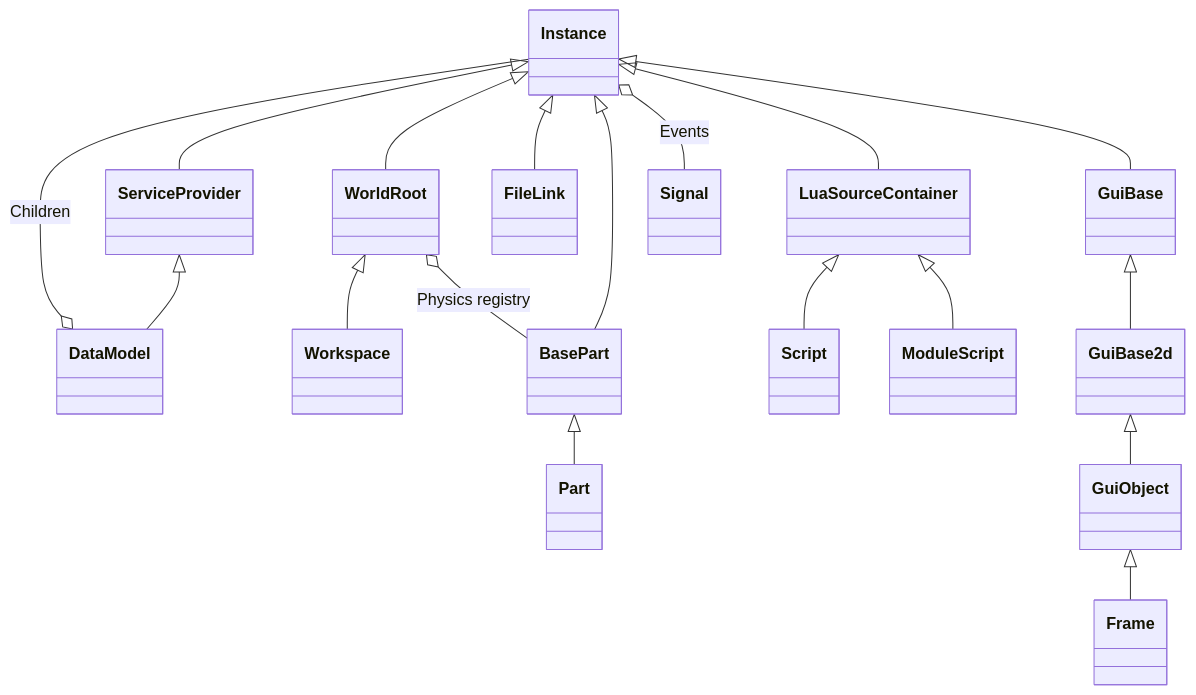
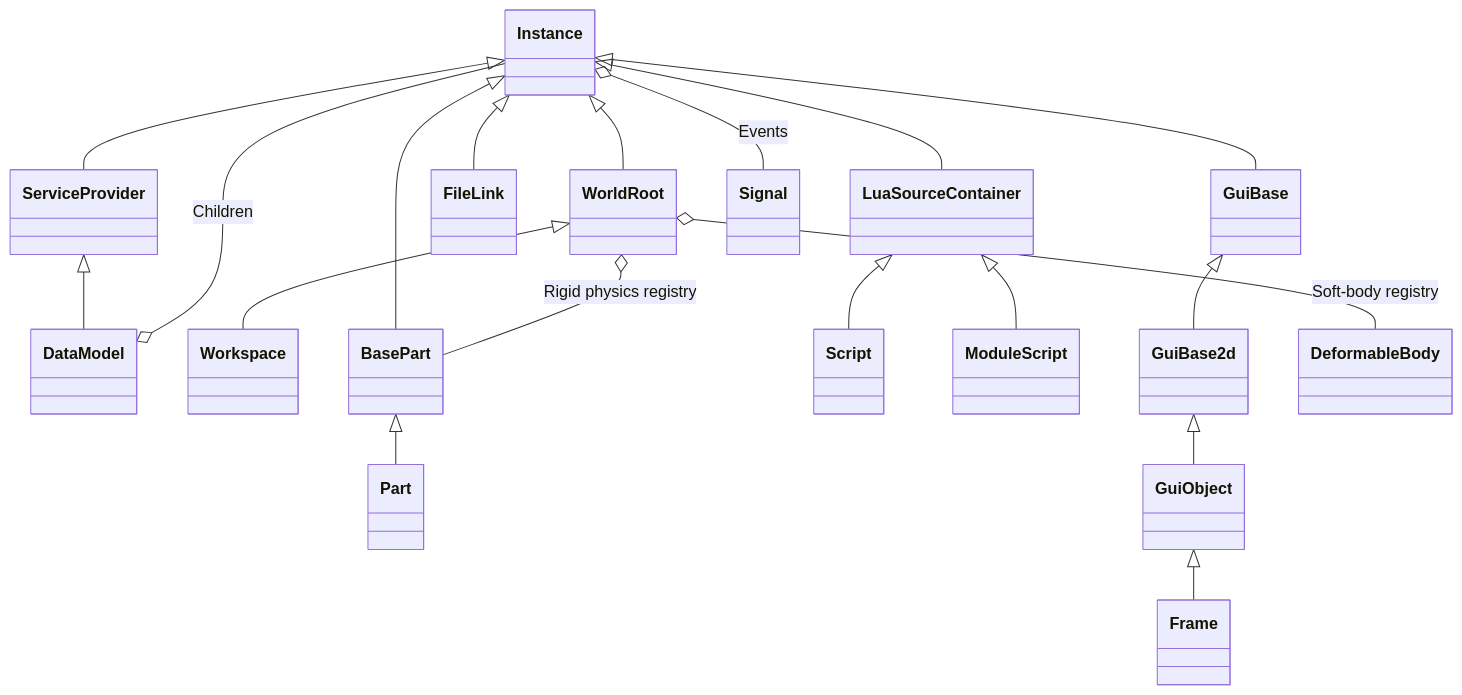
The second of 3 diagrams in devdocs/CurrentArchitecture/README.md (gmoddev/gargantuan), drawn with Mermaid before and after one commit. The commit also changed other lines of this file and 97 other files, not shown here.

Commit message:
Implement renderer and soft-body foundations

````diff
--- a/devdocs/CurrentArchitecture/README.md
+++ b/devdocs/CurrentArchitecture/README.md
@@ -103,20 +117,21 @@
 ```mermaid
 classDiagram
     Instance <|-- ServiceProvider
     ServiceProvider <|-- DataModel
     Instance <|-- WorldRoot
     WorldRoot <|-- Workspace
     Instance <|-- BasePart
     BasePart <|-- Part
     Instance <|-- LuaSourceContainer
     LuaSourceContainer <|-- Script
     LuaSourceContainer <|-- ModuleScript
     Instance <|-- FileLink
     Instance <|-- GuiBase
     GuiBase <|-- GuiBase2d
     GuiBase2d <|-- GuiObject
     GuiObject <|-- Frame
     DataModel o-- Instance : Children
     Instance o-- Signal : Events
-    WorldRoot o-- BasePart : Physics registry
+    WorldRoot o-- BasePart : Rigid physics registry
+    WorldRoot o-- DeformableBody : Soft-body registry
 ```
````
